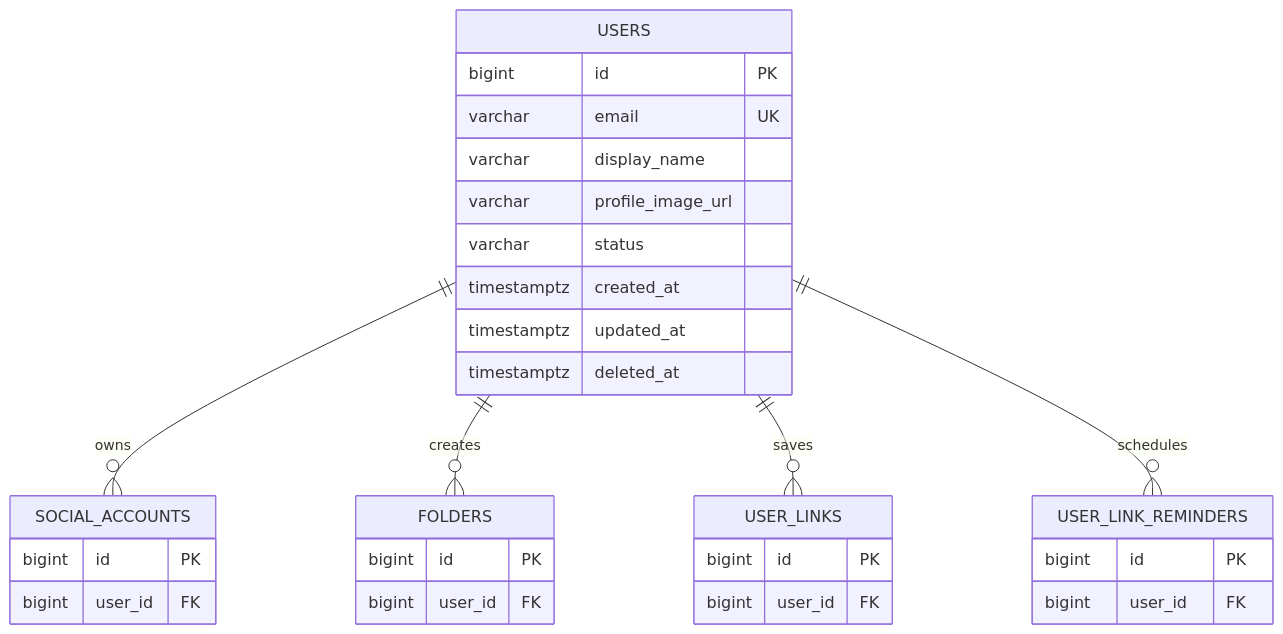
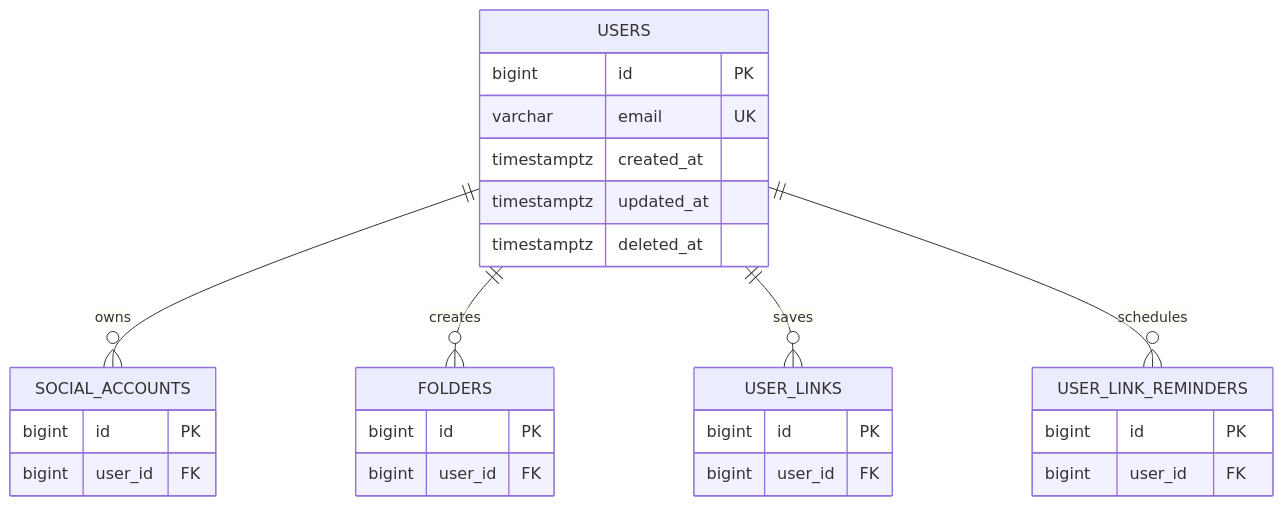
The diagram in docs/database/tables/users.md (mash-up-kr/Promise.9-Server), drawn with Mermaid before and after one commit. The commit also changed other lines of this file, not shown here.

````diff
--- a/docs/database/tables/users.md
+++ b/docs/database/tables/users.md
@@ -7,38 +7,35 @@
 ```mermaid
 erDiagram
   USERS ||--o{ SOCIAL_ACCOUNTS : owns
   USERS ||--o{ FOLDERS : creates
   USERS ||--o{ USER_LINKS : saves
   USERS ||--o{ USER_LINK_REMINDERS : schedules
 
   USERS {
     bigint id PK
     varchar email UK
-    varchar display_name
-    varchar profile_image_url
-    varchar status
     timestamptz created_at
     timestamptz updated_at
     timestamptz deleted_at
   }
 
   SOCIAL_ACCOUNTS {
     bigint id PK
     bigint user_id FK
   }
 
   FOLDERS {
     bigint id PK
     bigint user_id FK
   }
 
   USER_LINKS {
     bigint id PK
     bigint user_id FK
   }
 
   USER_LINK_REMINDERS {
     bigint id PK
     bigint user_id FK
   }
 ```
````
